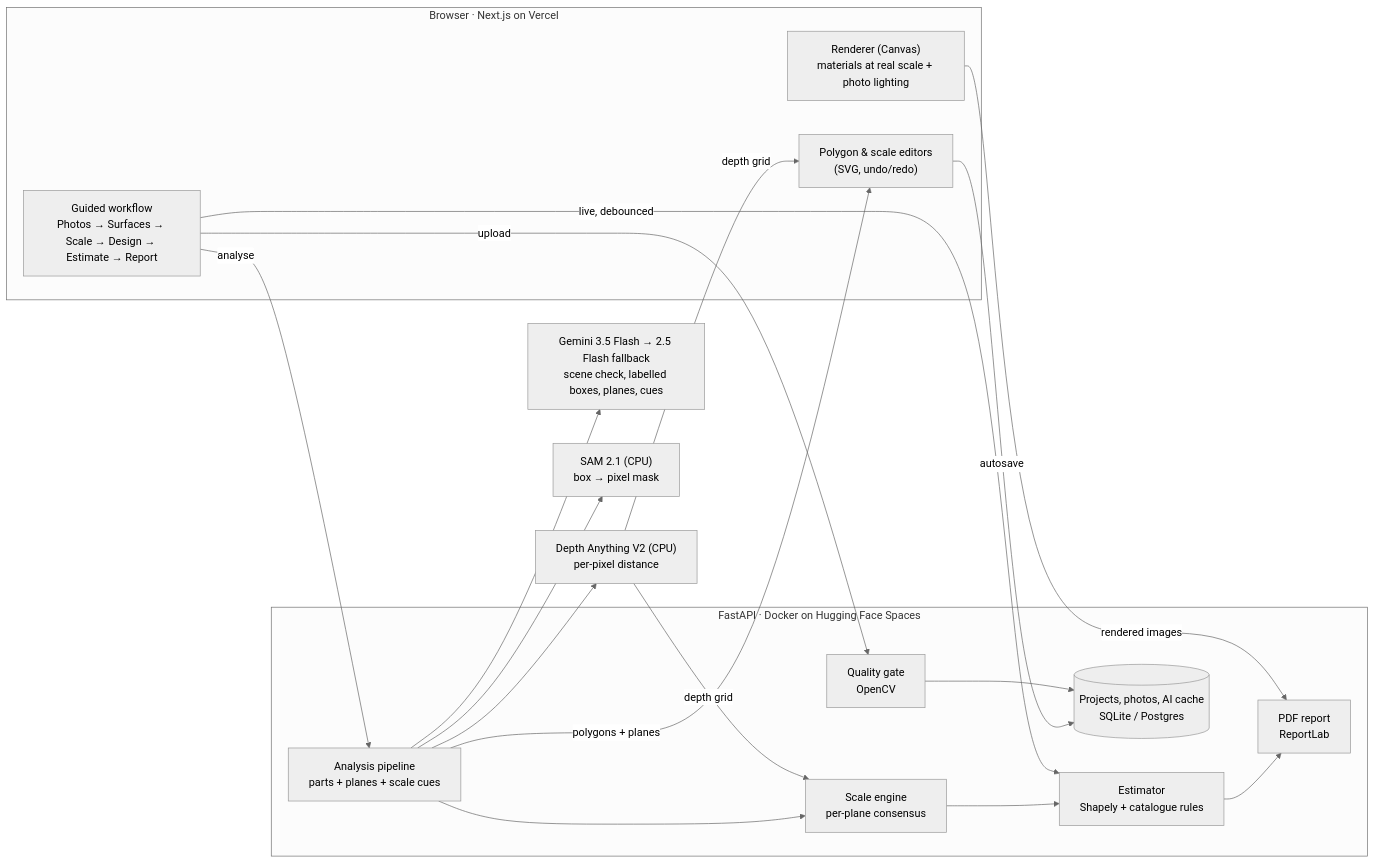
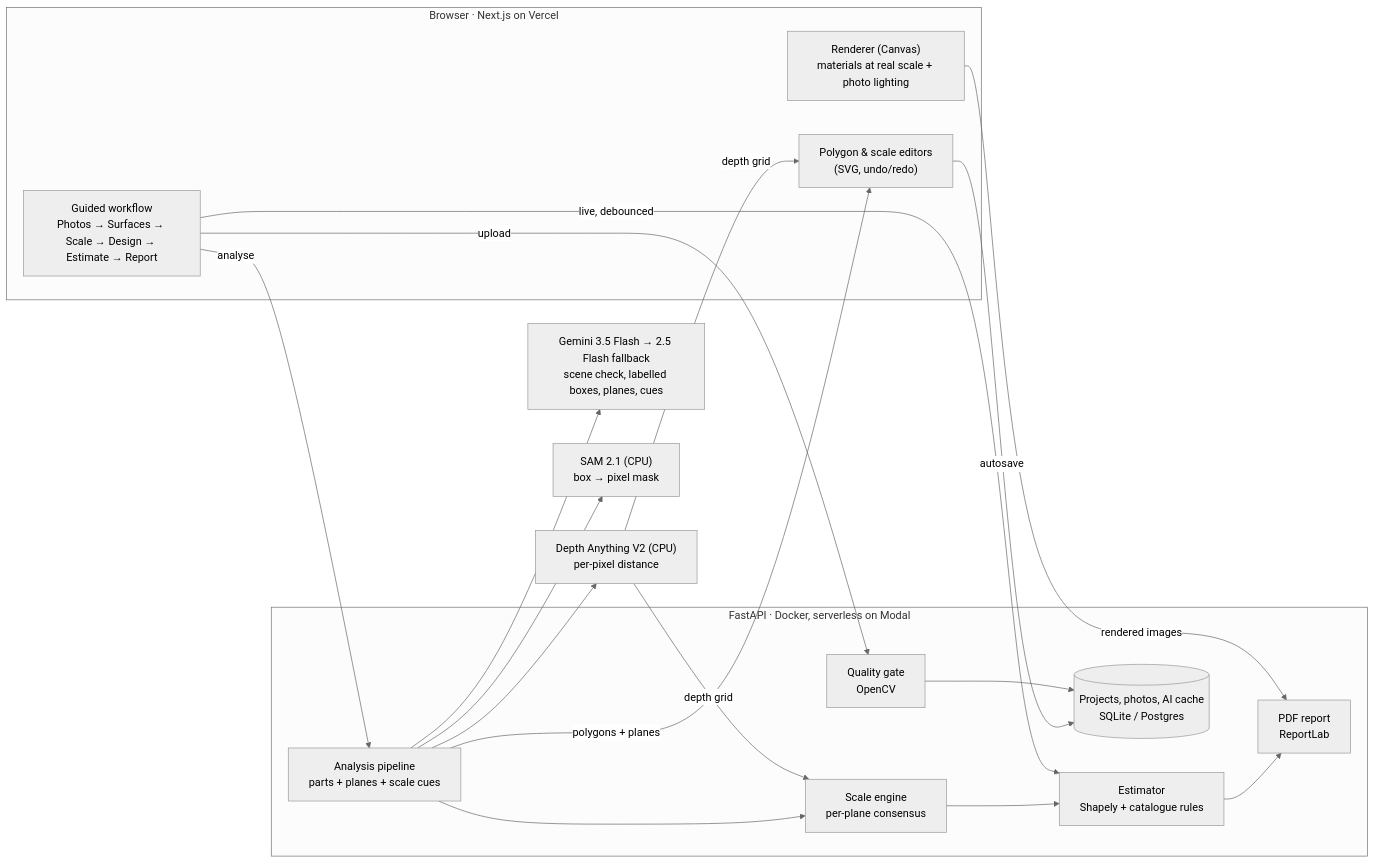
Before and after one commit to GOPI-ce/AI-Based-Exterior-House-Renovation-Cost-Estimation-System: the diagram in README.md, drawn with Mermaid (neutral theme). The commit also changed other lines of this file and 13 other files, not shown here.

First line of the commit message:
Deploy the API serverless on Modal; proxy-aware rate limits; serial model loading

````diff
--- a/README.md
+++ b/README.md
@@ -33,32 +33,32 @@
 ```mermaid
 flowchart LR
   subgraph Browser["Browser · Next.js on Vercel"]
     UI["Guided workflow<br/>Photos → Surfaces → Scale → Design → Estimate → Report"]
     ED["Polygon & scale editors<br/>(SVG, undo/redo)"]
     RE["Renderer (Canvas)<br/>materials at real scale + photo lighting"]
   end
-  subgraph API["FastAPI · Docker on Hugging Face Spaces"]
+  subgraph API["FastAPI · Docker, serverless on Modal"]
     Q["Quality gate<br/>OpenCV"]
     AN["Analysis pipeline<br/>parts + planes + scale cues"]
     SC["Scale engine<br/>per-plane consensus"]
     EST["Estimator<br/>Shapely + catalogue rules"]
     PDF["PDF report<br/>ReportLab"]
     DB[("Projects, photos, AI cache<br/>SQLite / Postgres")]
   end
   G["Gemini 3.5 Flash → 2.5 Flash fallback<br/>scene check, labelled boxes, planes, cues"]
   S["SAM 2.1 (CPU)<br/>box → pixel mask"]
   D["Depth Anything V2 (CPU)<br/>per-pixel distance"]
   UI -->|upload| Q --> DB
   UI -->|analyse| AN --> G
   AN --> S
   AN --> D
   D -->|depth grid| SC
   D -->|depth grid| ED
   AN --> SC
   AN -->|polygons + planes| ED
   ED -->|autosave| DB
   UI -->|live, debounced| EST
   SC --> EST
   RE -->|rendered images| PDF
   EST --> PDF
 ```
````
